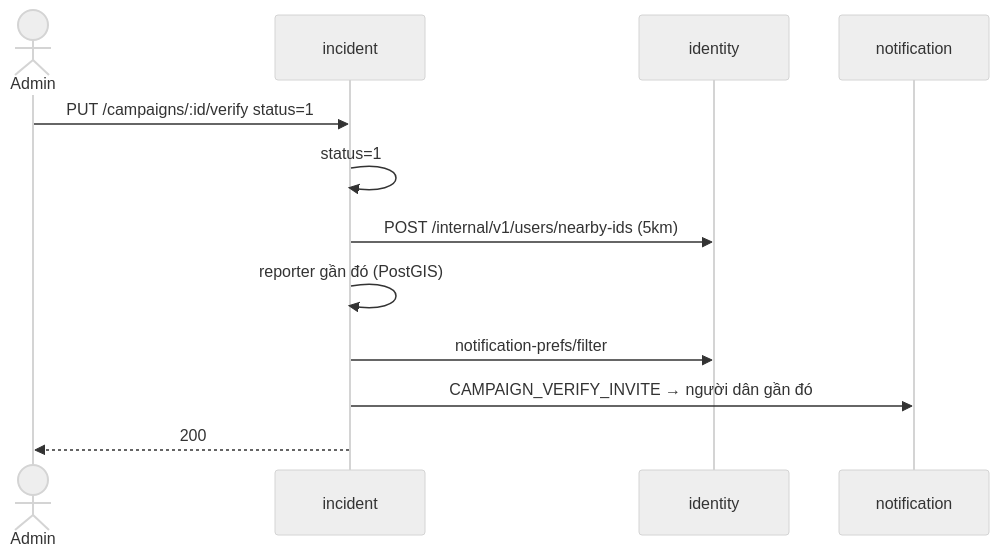
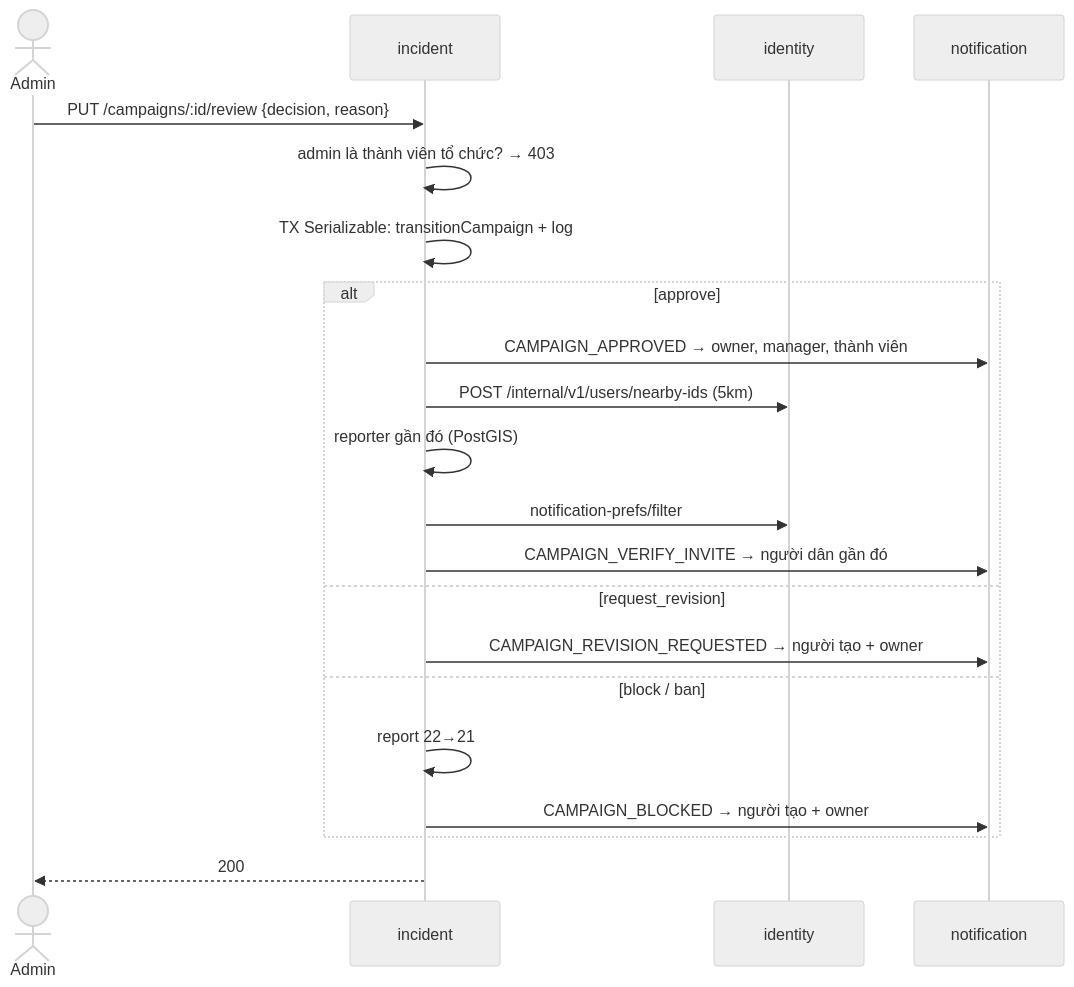
Before and after one commit to DOAN2-UQT-KN/ecolink-docs: diagram 17 of 26 in 02-business-flows.md, drawn with Mermaid (neutral theme). The commit also changed other lines of this file and 9 other files, not shown here.

Commit message:
docs: campaign lifecycle phases 1-2 (draft, submit, admin review, meeting points)

````diff
--- a/02-business-flows.md
+++ b/02-business-flows.md
@@ -708,14 +729,23 @@
 ```mermaid
 sequenceDiagram
   actor A as Admin
   participant INC as incident
   participant ID as identity
   participant NS as notification
-  A->>INC: PUT /campaigns/:id/verify status=1
-  INC->>INC: status=1
-  INC->>ID: POST /internal/v1/users/nearby-ids (5km)
-  INC->>INC: reporter gần đó (PostGIS)
-  INC->>ID: notification-prefs/filter
-  INC->>NS: CAMPAIGN_VERIFY_INVITE → người dân gần đó
+  A->>INC: PUT /campaigns/:id/review {decision, reason}
+  INC->>INC: admin là thành viên tổ chức? → 403
+  INC->>INC: TX Serializable: transitionCampaign + log
+  alt approve
+    INC->>NS: CAMPAIGN_APPROVED → owner, manager, thành viên
+    INC->>ID: POST /internal/v1/users/nearby-ids (5km)
+    INC->>INC: reporter gần đó (PostGIS)
+    INC->>ID: notification-prefs/filter
+    INC->>NS: CAMPAIGN_VERIFY_INVITE → người dân gần đó
+  else request_revision
+    INC->>NS: CAMPAIGN_REVISION_REQUESTED → người tạo + owner
+  else block / ban
+    INC->>INC: report 22→21
+    INC->>NS: CAMPAIGN_BLOCKED → người tạo + owner
+  end
   INC-->>A: 200
 ```
````
